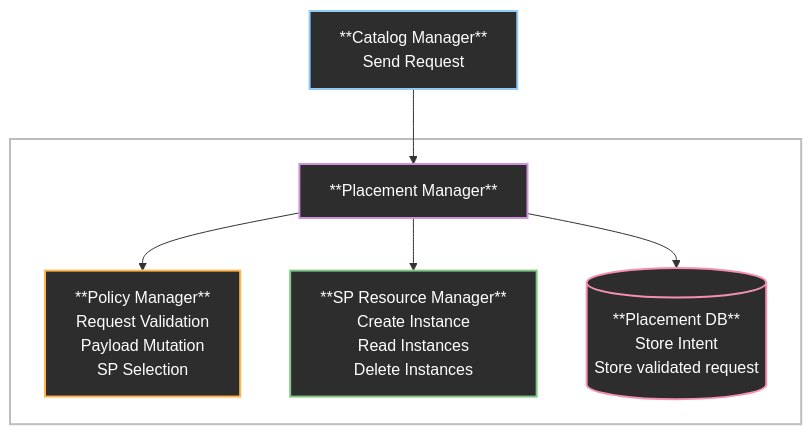
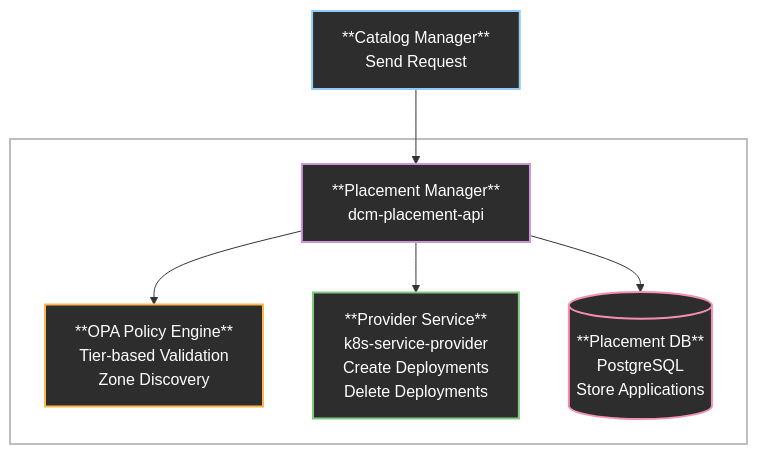
The first of 2 diagrams in enhancements/placement-manager/placement-manager.md (dcm-project/enhancements), drawn with Mermaid before and after one commit. The commit also changed other lines of this file, not shown here.

First line of the commit message:
fix(enhancements placement-manager docs): update enhancement to reflect current implementation

````diff
--- a/enhancements/placement-manager/placement-manager.md
+++ b/enhancements/placement-manager/placement-manager.md
@@ -50,31 +52,29 @@
 ```mermaid
 %%{init: {'flowchart': {'rankSpacing': 100, 'nodeSpacing': 10, 'curve': 'linear'},}}%%
 flowchart TD
-    classDef catalogManager fill:#2d2d2d,color:#ffffff,stroke:#90caf9,stroke-width:2px
-    classDef placementManager fill:#2d2d2d,color:#ffffff,stroke:#ce93d8,stroke-width:2px
-    classDef policyEngine fill:#2d2d2d,color:#ffffff,stroke:#ffb74d,stroke-width:2px
-    classDef spResourceManager fill:#2d2d2d,color:#ffffff,stroke:#81c784,stroke-width:2px
+    classDef placementApi fill:#2d2d2d,color:#ffffff,stroke:#ce93d8,stroke-width:2px
+    classDef opaEngine fill:#2d2d2d,color:#ffffff,stroke:#ffb74d,stroke-width:2px
+    classDef providerService fill:#2d2d2d,color:#ffffff,stroke:#81c784,stroke-width:2px
     classDef database fill:#2d2d2d,color:#ffffff,stroke:#f48fb1,stroke-width:2px
     classDef dcmCore fill:#FFFFFF,stroke:#bdbdbd,stroke-width:2px
+    classDef client fill:#2d2d2d,color:#ffffff,stroke:#90caf9,stroke-width:2px
 
-    CM["**Catalog Manager**<br/>Send Request"]:::catalogManager
+    CLIENT["**Catalog Manager**<br/>Send Request"]:::client
 
     subgraph DCM_Core [ ]
-        PM["**Placement Manager**<br/>"]:::placementManager
-        
-        PE["**Policy Manager**<br/>Request Validation<br/>Payload Mutation<br/>SP Selection"]:::policyEngine
-        
-        SPRM["**SP Resource Manager**<br/>Create Instance<br/> Read Instances<br/> Delete Instances"]:::spResourceManager
+        PA["**Placement Manager**<br/>dcm-placement-api<br/>"]:::placementApi
 
-        PM_DB[("**Placement DB**<br/>Store Intent<br/>Store validated request")]:::database
+        OPA["**OPA Policy Engine**<br/>Tier-based Validation<br/>Zone Discovery<br/>"]:::opaEngine
 
+        PS["**Provider Service**<br/>k8s-service-provider<br/>Create Deployments<br/>Delete Deployments"]:::providerService
+
+        PA_DB[("**Placement DB**<br/>PostgreSQL<br/>Store Applications")]:::database
     end
 
-    CM --> PM
-    PM --> PE
-    PM --> PM_DB
-    PM --> SPRM
-    
+    CLIENT --> PA
+    PA --> OPA
+    PA --> PA_DB
+    PA --> PS
 
     class DCM_Core dcmCore
 ```
````
